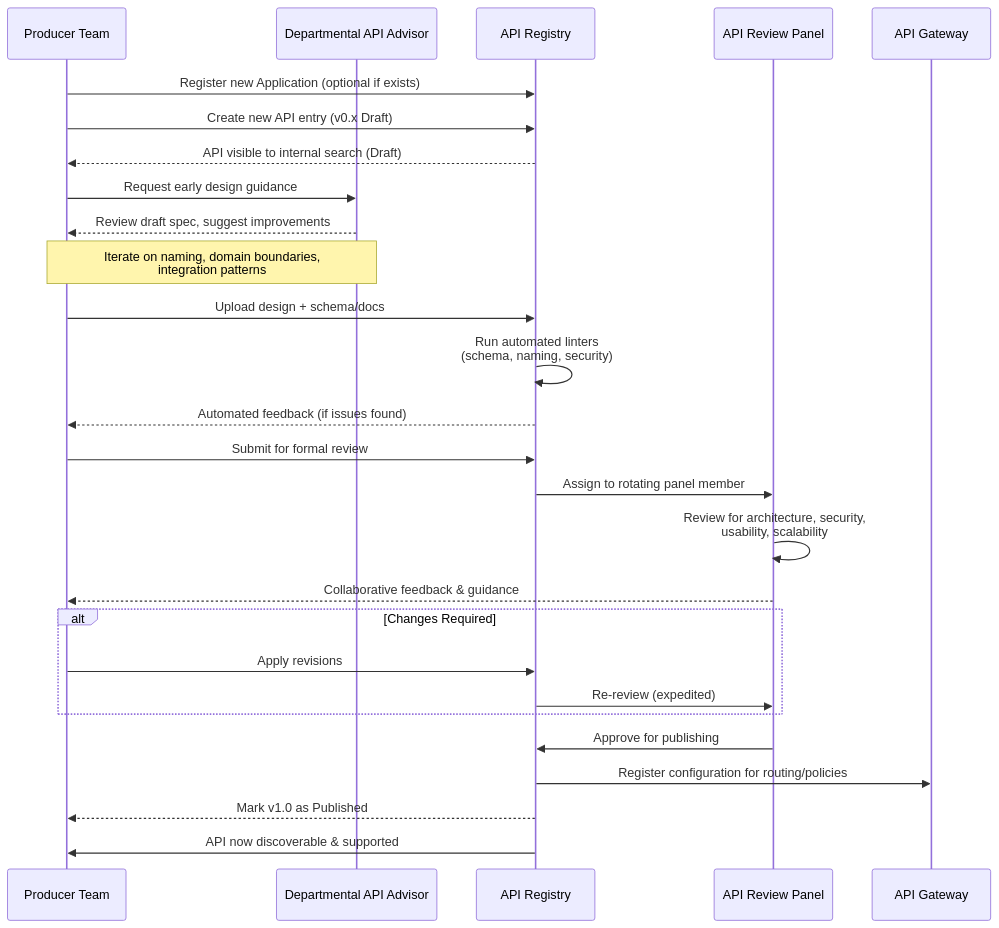
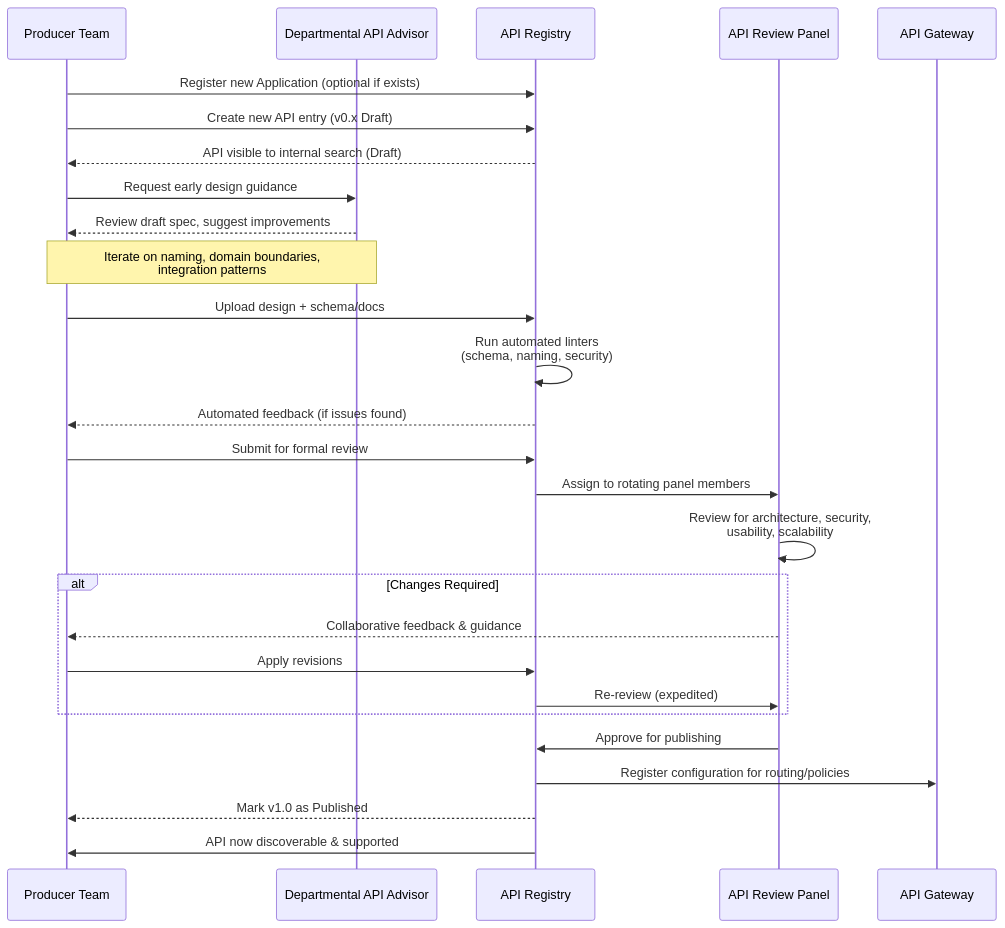
The fourth of 8 diagrams in technical-design.md (barbecuesteve/api-governance), drawn with Mermaid before and after one commit.

Commit message:
diagram fixups

````diff
--- a/technical-design.md
+++ b/technical-design.md
@@ -185,35 +185,35 @@
 ```mermaid
 sequenceDiagram
     participant PT as Producer Team
     participant DA as Departmental API Advisor
     participant REG as API Registry
     participant ARP as API Review Panel
     participant GW as API Gateway
 
     PT->>REG: Register new Application (optional if exists)
     PT->>REG: Create new API entry (v0.x Draft)
     REG-->>PT: API visible to internal search (Draft)
 
     PT->>DA: Request early design guidance
     DA-->>PT: Review draft spec, suggest improvements
     Note over PT,DA: Iterate on naming, domain boundaries,<br/>integration patterns
     
     PT->>REG: Upload design + schema/docs
     REG->>REG: Run automated linters<br/>(schema, naming, security)
     REG-->>PT: Automated feedback (if issues found)
     
     PT->>REG: Submit for formal review
-    REG->>ARP: Assign to rotating panel member
+    REG->>ARP: Assign to rotating panel members
     ARP->>ARP: Review for architecture, security,<br/>usability, scalability
-    ARP-->>PT: Collaborative feedback & guidance
     
     alt Changes Required
+        ARP-->>PT: Collaborative feedback & guidance
         PT->>REG: Apply revisions
         REG->>ARP: Re-review (expedited)
     end
     
     ARP->>REG: Approve for publishing
     REG->>GW: Register configuration for routing/policies
     REG-->>PT: Mark v1.0 as Published
     REG->>PT: API now discoverable & supported
 ```
````
